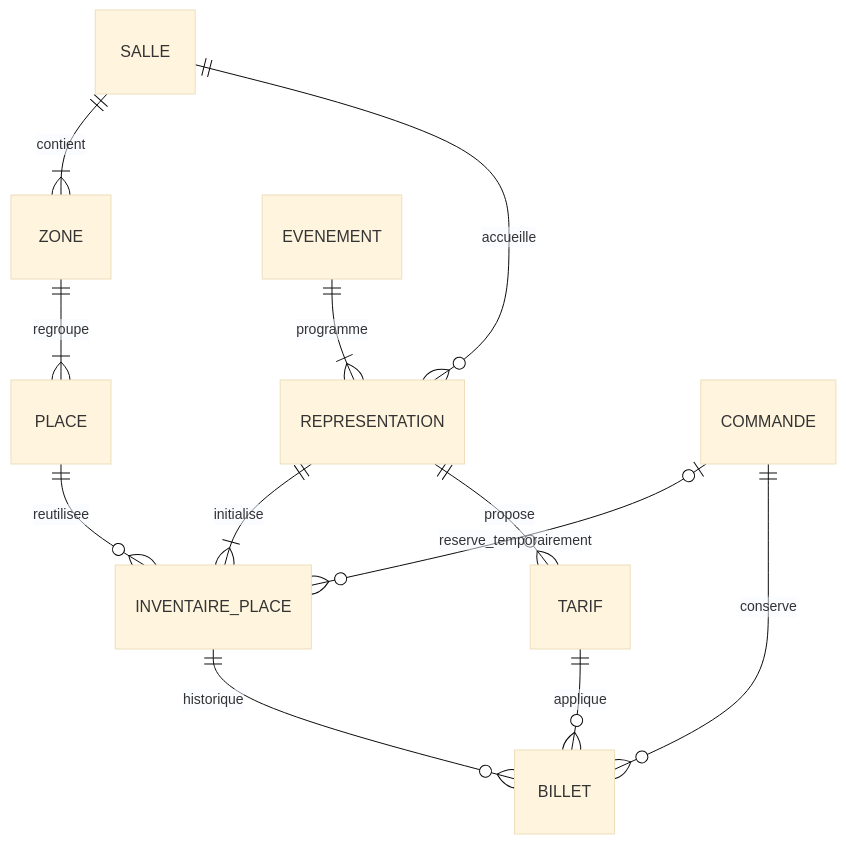
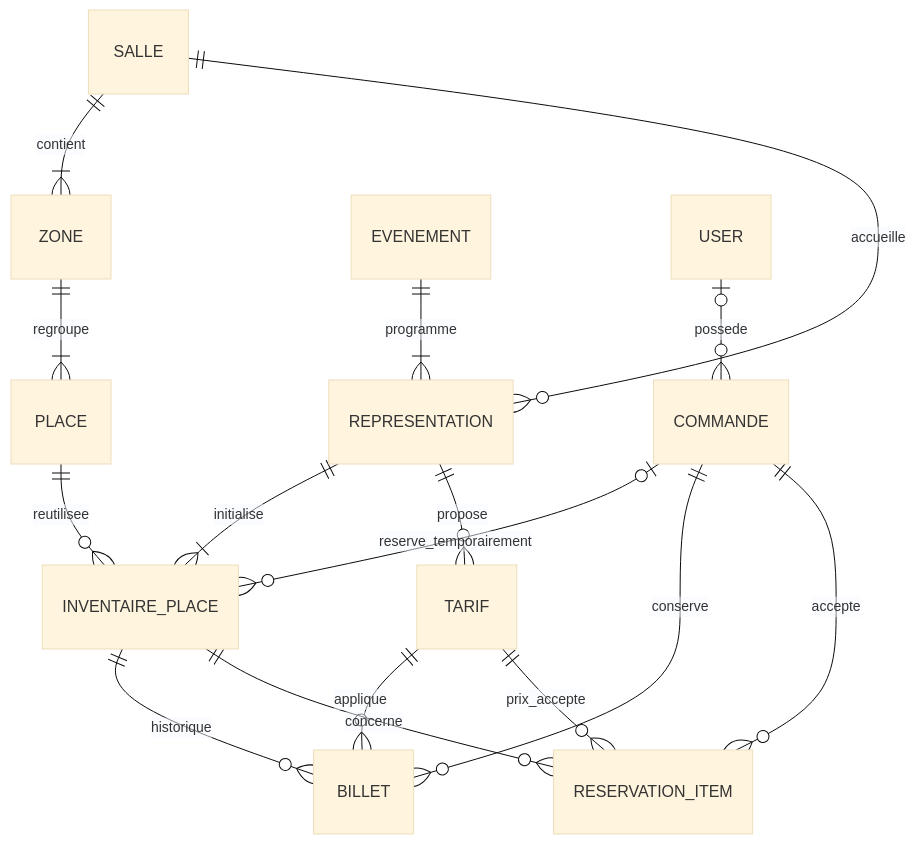
Before and after one commit to abdelhak-kadir/Billetterie-Platform: the first of 2 diagrams in docs/MODELE.md, drawn with Mermaid (base theme). The commit also changed other lines of this file and 14 other files, not shown here.

````diff
--- a/docs/MODELE.md
+++ b/docs/MODELE.md
@@ -71,14 +78,18 @@
 ```mermaid
 erDiagram
     SALLE ||--|{ ZONE : contient
     ZONE ||--|{ PLACE : regroupe
     SALLE ||--o{ REPRESENTATION : accueille
     EVENEMENT ||--|{ REPRESENTATION : programme
     REPRESENTATION ||--|{ INVENTAIRE_PLACE : initialise
     PLACE ||--o{ INVENTAIRE_PLACE : reutilisee
     REPRESENTATION ||--o{ TARIF : propose
     COMMANDE o|--o{ INVENTAIRE_PLACE : reserve_temporairement
     COMMANDE ||--o{ BILLET : conserve
     INVENTAIRE_PLACE ||--o{ BILLET : historique
     TARIF ||--o{ BILLET : applique
+    USER o|--o{ COMMANDE : possede
+    COMMANDE ||--o{ RESERVATION_ITEM : accepte
+    INVENTAIRE_PLACE ||--o{ RESERVATION_ITEM : concerne
+    TARIF ||--o{ RESERVATION_ITEM : prix_accepte
 ```
````
